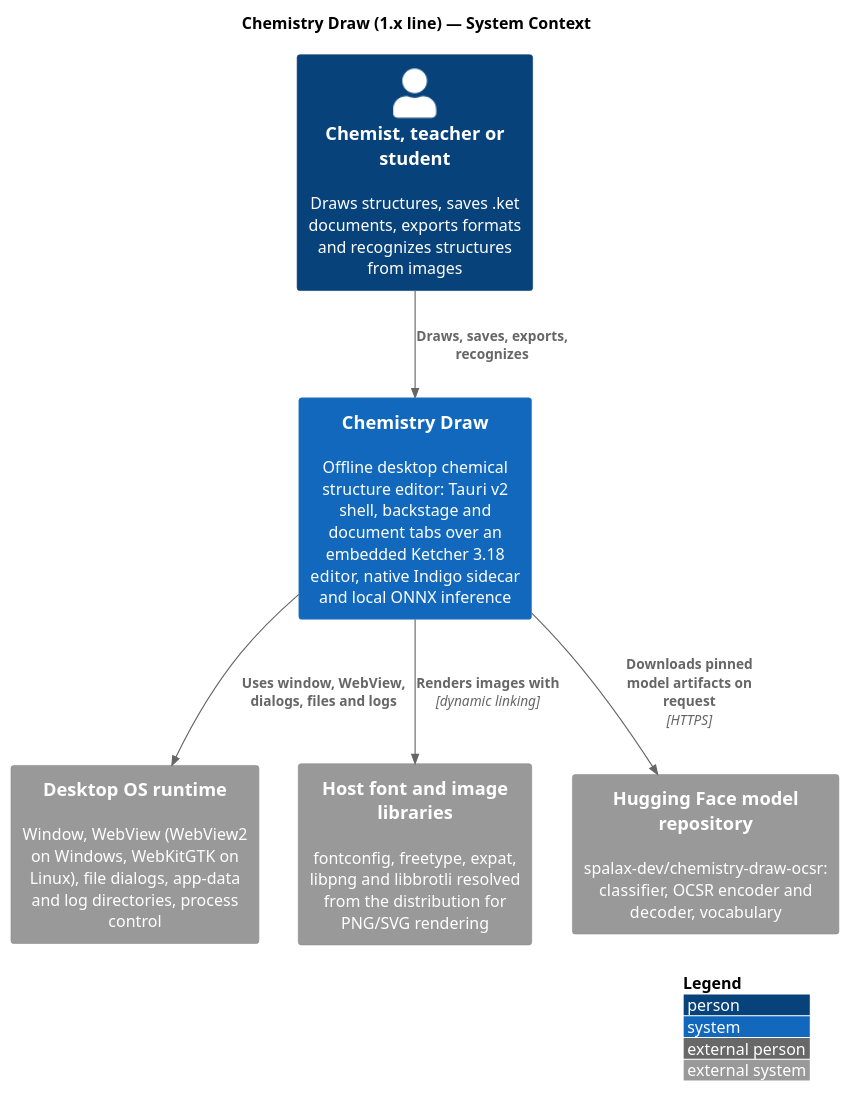
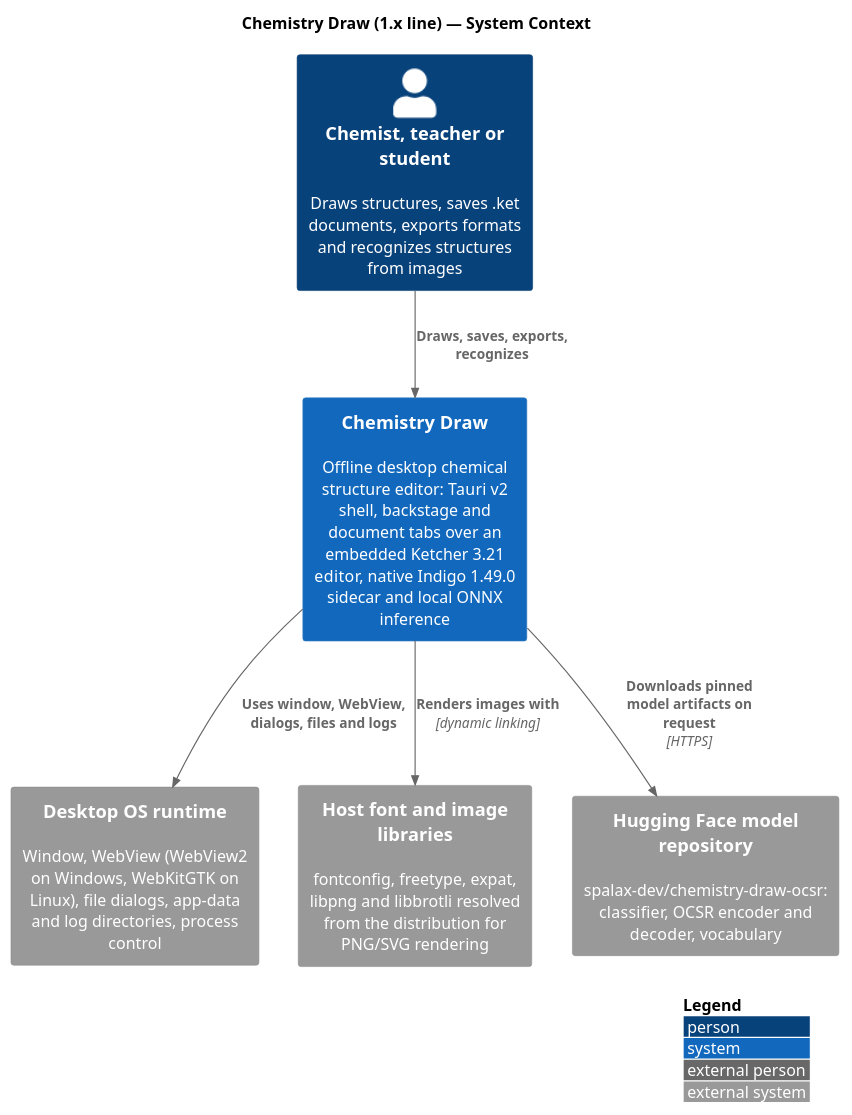
Before and after one commit to spalax-dev/chemistry_draw: the diagram in docs/planning/c4/context.puml, drawn with PlantUML. The commit also changed 16 other files, not shown here.

```diff
--- a/docs/planning/c4/context.puml
+++ b/docs/planning/c4/context.puml
@@ -1,23 +1,23 @@
 @startuml
 !include <C4/C4_Context>
 
 title Chemistry Draw (1.x line) — System Context
 
 Person(user, "Chemist, teacher or student", "Draws structures, saves .ket documents, exports formats and recognizes structures from images")
 
-System(chemistry_draw, "Chemistry Draw", "Offline desktop chemical structure editor: Tauri v2 shell, backstage and document tabs over an embedded Ketcher 3.18 editor, native Indigo sidecar and local ONNX inference")
+System(chemistry_draw, "Chemistry Draw", "Offline desktop chemical structure editor: Tauri v2 shell, backstage and document tabs over an embedded Ketcher 3.21 editor, native Indigo 1.49.0 sidecar and local ONNX inference")
 
 System_Ext(os_runtime, "Desktop OS runtime", "Window, WebView (WebView2 on Windows, WebKitGTK on Linux), file dialogs, app-data and log directories, process control")
 
 System_Ext(host_libs, "Host font and image libraries", "fontconfig, freetype, expat, libpng and libbrotli resolved from the distribution for PNG/SVG rendering")
 
 System_Ext(huggingface, "Hugging Face model repository", "spalax-dev/chemistry-draw-ocsr: classifier, OCSR encoder and decoder, vocabulary")
 
 Rel(user, chemistry_draw, "Draws, saves, exports, recognizes")
 Rel(chemistry_draw, os_runtime, "Uses window, WebView, dialogs, files and logs")
 Rel(chemistry_draw, host_libs, "Renders images with", "dynamic linking")
 Rel(chemistry_draw, huggingface, "Downloads pinned model artifacts on request", "HTTPS")
 
 LAYOUT_WITH_LEGEND()
 
 @enduml
```
